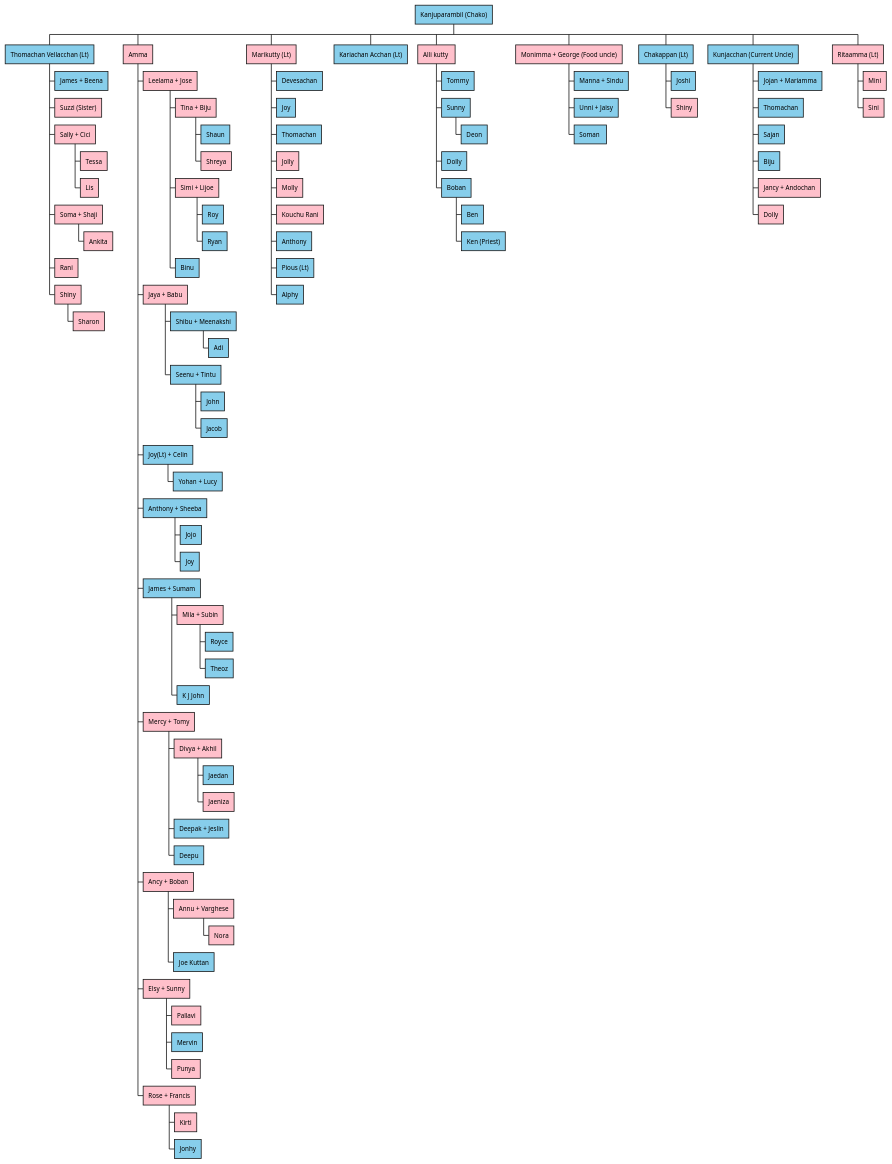
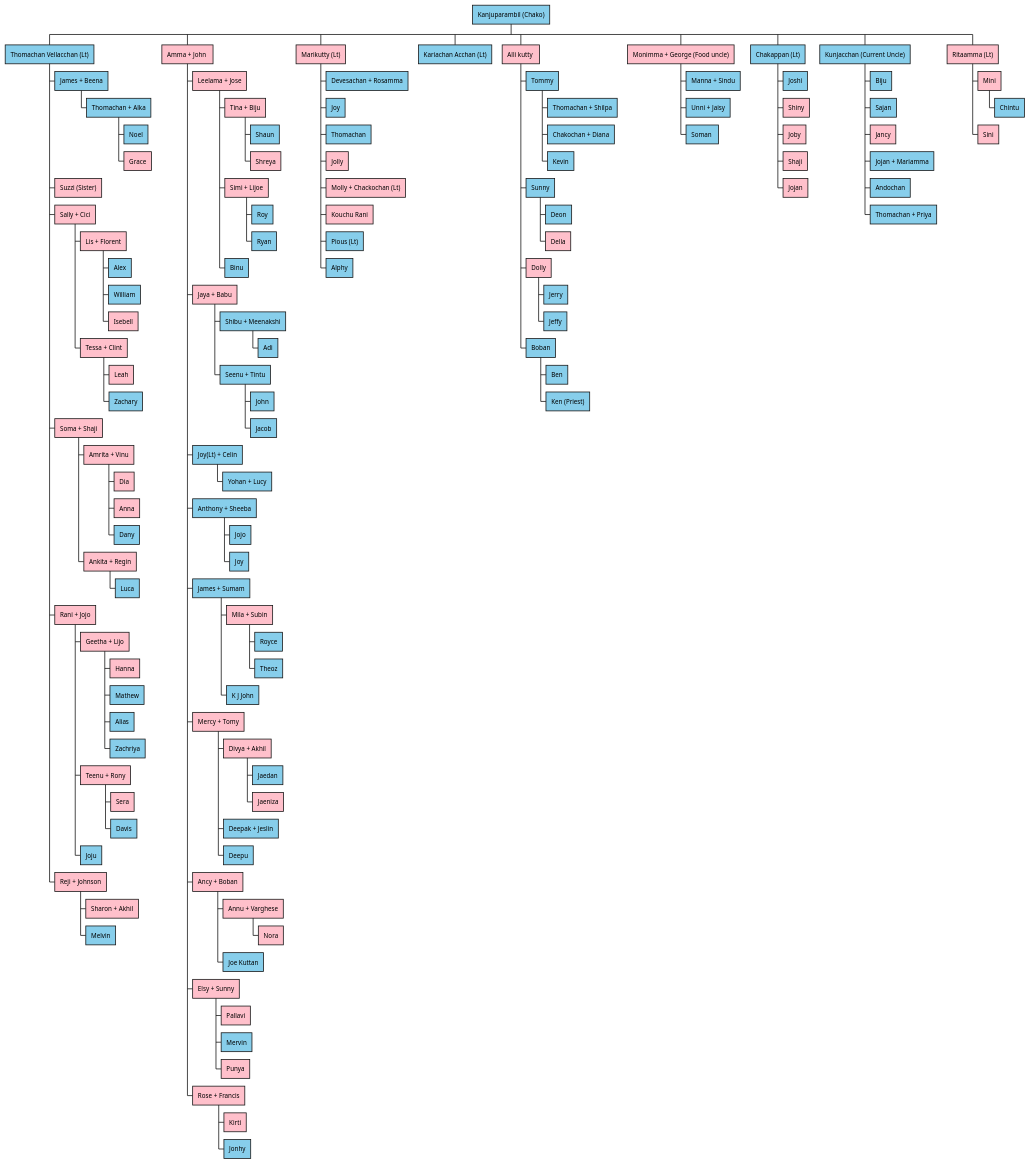
Before and after one commit to SeenuMathew/familyTree: the diagram in Mum_Amma/Mum_Amma/Mum_Amma.puml, drawn with PlantUML. The commit also changed 1 other file, not shown here.

```diff
--- a/Mum_Amma/Mum_Amma/Mum_Amma.puml
+++ b/Mum_Amma/Mum_Amma/Mum_Amma.puml
@@ -1,102 +1,135 @@
 @startwbs
 *[#SkyBlue]  Kanjuparambil (Chako)
 **[#SkyBlue]  Thomachan Vellacchan (Lt)
 ***[#SkyBlue]  James + Beena
+****[#SkyBlue]  Thomachan + Alka
+*****[#SkyBlue]  Noel
+*****[#pink]  Grace
 ***[#pink] Suzzi (Sister)
 ***[#pink] Sally + Cici
-****[#pink] Tessa
-****[#pink] Lis
+****[#pink] Lis + Florent
+*****[#SkyBlue] Alex
+*****[#SkyBlue] William
+*****[#pink] Isebell
+****[#pink] Tessa + Clint
+*****[#pink] Leah
+*****[#SkyBlue] Zachary
 ***[#pink] Soma + Shaji
-****[#pink] Ankita
-***[#pink] Rani
-***[#pink] Shiny
-****[#pink] Sharon
+****[#pink] Amrita + Vinu
+*****[#pink] Dia
+*****[#pink] Anna
+*****[#SkyBlue] Dany
+****[#pink] Ankita + Regin
+*****[#SkyBlue] Luca
+***[#pink] Rani + Jojo
+****[#pink] Geetha + Lijo
+*****[#pink] Hanna
+*****[#SkyBlue] Mathew
+*****[#SkyBlue] Alias
+*****[#SkyBlue] Zachriya
+****[#pink] Teenu + Rony
+*****[#pink] Sera
+*****[#SkyBlue] Davis
+****[#SkyBlue] Joju
+***[#pink] Reji + Johnson
+****[#pink] Sharon + Akhil
+****[#SkyBlue] Melvin
 
-**[#pink] Amma
+**[#pink] Amma + John 
 ***[#pink] Leelama + Jose
 ****[#pink] Tina + Biju
 *****[#SkyBlue] Shaun
 *****[#pink] Shreya
 ****[#pink] Simi + Lijoe
 *****[#SkyBlue] Roy
 *****[#SkyBlue] Ryan
 ****[#SkyBlue] Binu
 ***[#pink] Jaya + Babu
 ****[#SkyBlue] Shibu + Meenakshi
 *****[#SkyBlue] Adi
 ****[#SkyBlue] Seenu + Tintu
 *****[#SkyBlue] John
 *****[#SkyBlue] Jacob
 ***[#SkyBlue] Joy(Lt) + Celin
 ****[#SkyBlue] Yohan + Lucy
 ***[#SkyBlue] Anthony + Sheeba
 ****[#SkyBlue] Jojo
 ****[#SkyBlue] Joy
 ***[#SkyBlue] James + Sumam
 ****[#pink] Mila + Subin
 *****[#SkyBlue] Royce
 *****[#SkyBlue] Theoz
 ****[#SkyBlue] K J John
 ***[#pink] Mercy + Tomy
 ****[#pink] Divya + Akhil
 *****[#SkyBlue] Jaedan
 *****[#pink] Jaeniza
 ****[#SkyBlue] Deepak + Jeslin
 ****[#SkyBlue] Deepu
 ***[#pink] Ancy + Boban
 ****[#pink] Annu + Varghese
 *****[#pink] Nora
 ****[#SkyBlue] Joe Kuttan
 ***[#pink] Elsy + Sunny
 ****[#pink] Pallavi
 ****[#SkyBlue] Mervin
 ****[#pink] Punya
 ***[#pink] Rose + Francis
 ****[#pink] Kirti
 ****[#SkyBlue] Jonhy
 
 
 **[#pink] Marikutty (Lt)
-***[#SkyBlue]  Devesachan
+***[#SkyBlue]  Devesachan + Rosamma
 ***[#SkyBlue] Joy
 ***[#SkyBlue] Thomachan
 ***[#pink] Jolly
-***[#pink] Molly
+***[#pink] Molly + Chackochan (Lt)
 ***[#pink] Kouchu Rani
-***[#SkyBlue] Anthony
 ***[#SkyBlue] Pious (Lt)
 ***[#SkyBlue] Alphy
 
 **[#SkyBlue]  Kariachan Acchan (Lt)
 
 **[#pink] Alli kutty 
 ***[#SkyBlue]  Tommy
+****[#SkyBlue] Thomachan + Shilpa
+****[#SkyBlue] Chakochan + Diana
+****[#SkyBlue] Kevin
 ***[#SkyBlue]  Sunny
 ****[#SkyBlue]  Deon
-***[#SkyBlue]  Dolly
+****[#pink]  Della
+***[#pink]  Dolly
+****[#SkyBlue]  Jerry
+****[#SkyBlue]  Jeffy
 ***[#SkyBlue]  Boban
 ****[#SkyBlue]  Ben
 ****[#SkyBlue]  Ken (Priest)
 
 **[#pink] Monimma + George (Food uncle)
 ***[#SkyBlue]  Manna + Sindu
 ***[#SkyBlue]  Unni + Jaisy
 ***[#SkyBlue]  Soman 
 
 
 **[#SkyBlue]  Chakappan (Lt)
 ***[#SkyBlue]  Joshi
 ***[#pink] Shiny
+***[#pink] Joby
+***[#pink] Shaji
+***[#pink] Jojan
+
 **[#SkyBlue]  Kunjacchan (Current Uncle)
+***[#SkyBlue]  Biju
+***[#SkyBlue]  Sajan
+***[#pink] Jancy
 ***[#SkyBlue]  Jojan + Mariamma
-***[#SkyBlue]  Thomachan
-***[#SkyBlue]  Sajan
-***[#SkyBlue]  Biju
-***[#pink] Jancy + Andochan
-***[#pink] Dolly
+***[#SkyBlue] Andochan
+***[#SkyBlue]  Thomachan + Priya
 
 **[#pink] Ritaamma (Lt)
 ***[#pink] Mini
+****[#SkyBlue] Chintu
 ***[#pink] Sini
 
 @endwbs
```
